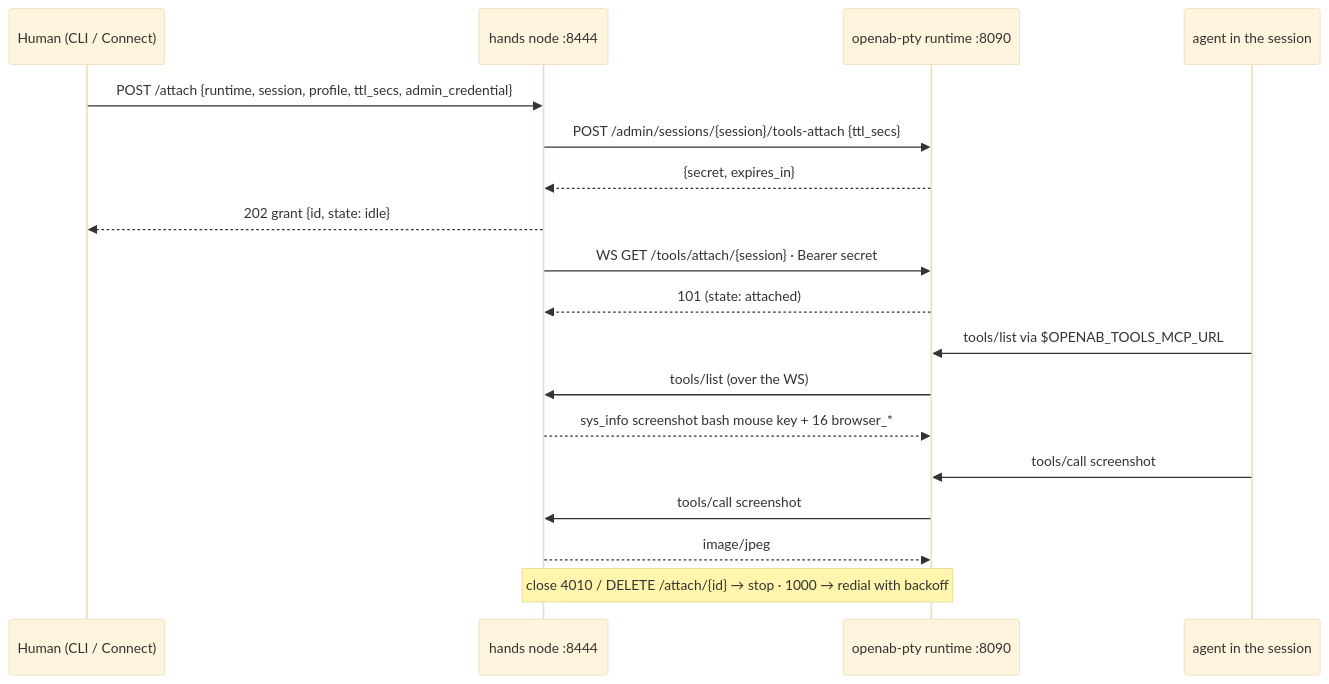
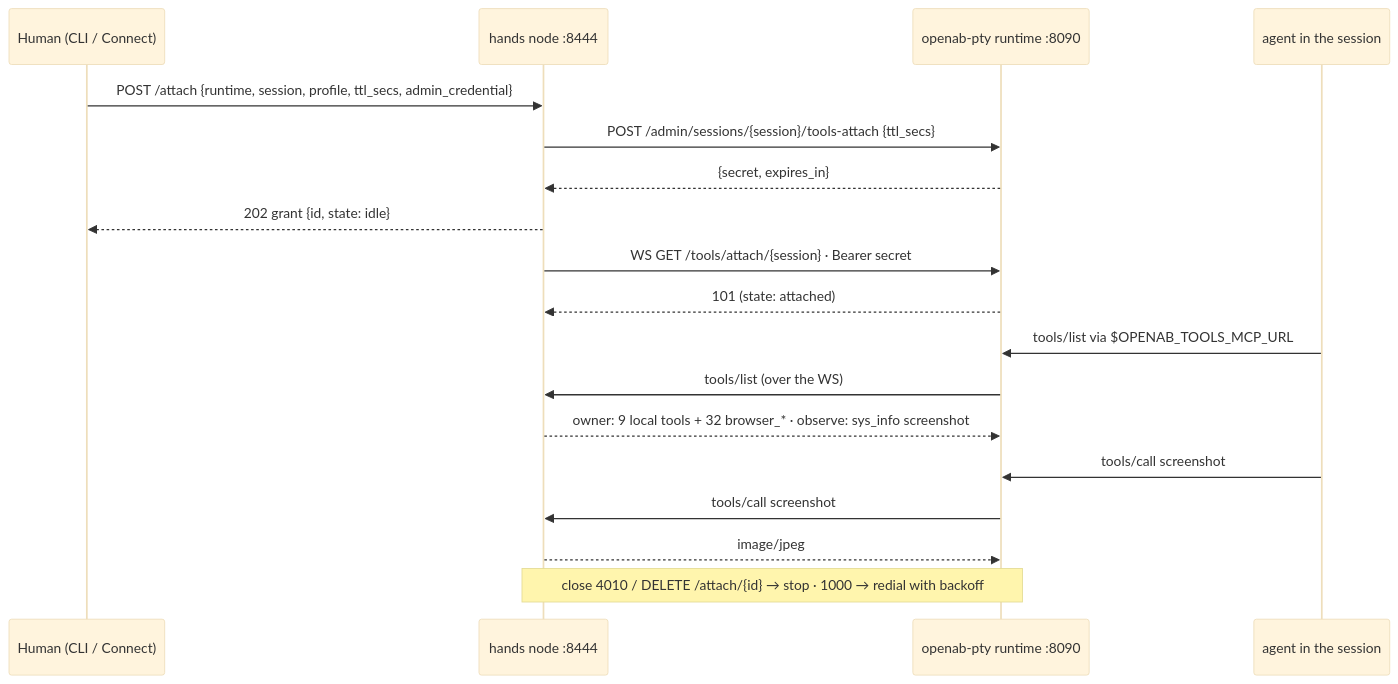
The second of 2 diagrams in docs/linux-setup.md (openabdev/openab-computer), drawn with Mermaid (base theme) before and after one commit. The commit also changed other lines of this file and 39 other files, not shown here.

First line of the commit message:
feat!: collapse tool profiles to observe and owner (#92)

````diff
--- a/docs/linux-setup.md
+++ b/docs/linux-setup.md
@@ -251,20 +251,20 @@
 ```mermaid
 sequenceDiagram
     participant H as Human (CLI / Connect)
     participant N as hands node :8444
     participant R as openab-pty runtime :8090
     participant A as agent in the session
     H->>N: POST /attach {runtime, session, profile, ttl_secs, admin_credential}
     N->>R: POST /admin/sessions/{session}/tools-attach {ttl_secs}
     R-->>N: {secret, expires_in}
     N-->>H: 202 grant {id, state: idle}
     N->>R: WS GET /tools/attach/{session} · Bearer secret
     R-->>N: 101 (state: attached)
     A->>R: tools/list via $OPENAB_TOOLS_MCP_URL
     R->>N: tools/list (over the WS)
-    N-->>R: sys_info screenshot bash mouse key + 16 browser_*
+    N-->>R: owner: 9 local tools + 32 browser_* · observe: sys_info screenshot
     A->>R: tools/call screenshot
     R->>N: tools/call screenshot
     N-->>R: image/jpeg
     Note over N,R: close 4010 / DELETE /attach/{id} → stop · 1000 → redial with backoff
 ```
````
